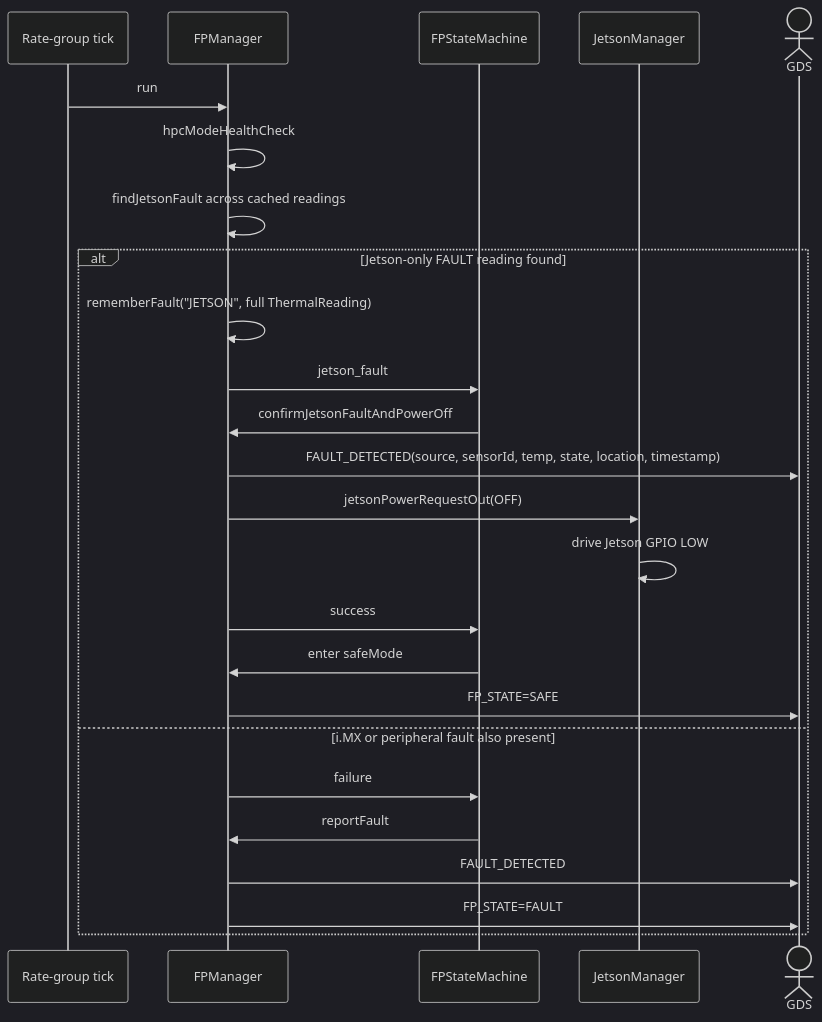
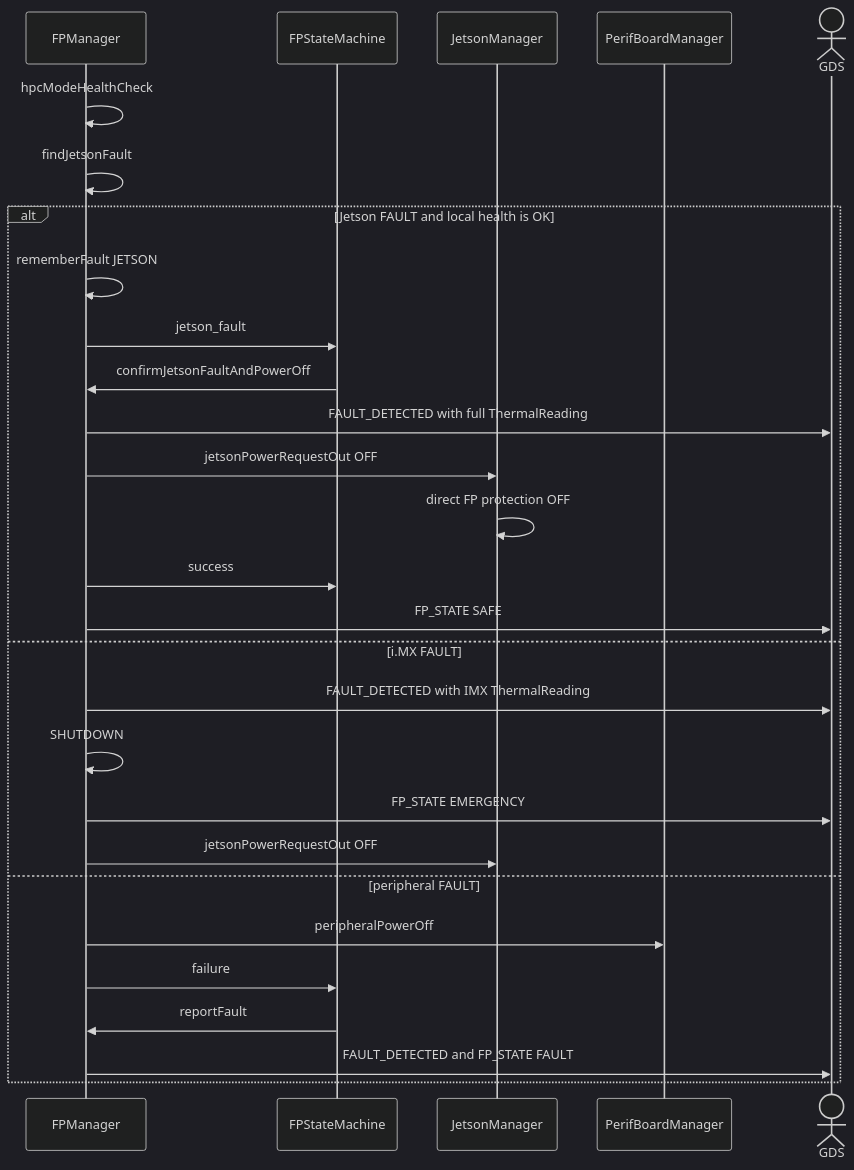
The sixth of 7 diagrams in scales/scalesSvc/FPManager/docs/sdd.md (BroncoSpace-Lab/fprime-scales), drawn with Mermaid (dark theme) before and after one commit. The commit also changed other lines of this file and 7 other files, not shown here.

````diff
--- a/scales/scalesSvc/FPManager/docs/sdd.md
+++ b/scales/scalesSvc/FPManager/docs/sdd.md
@@ -290,28 +282,31 @@
 ```mermaid
 sequenceDiagram
-    participant Tick as Rate-group tick
     participant FPM as FPManager
     participant SM as FPStateMachine
     participant JM as JetsonManager
+    participant PBM as PerifBoardManager
     actor GDS as GDS
 
-    Tick->>FPM: run
     FPM->>FPM: hpcModeHealthCheck
-    FPM->>FPM: findJetsonFault across cached readings
-    alt Jetson-only FAULT reading found
-        FPM->>FPM: rememberFault("JETSON", full ThermalReading)
+    FPM->>FPM: findJetsonFault
+    alt Jetson FAULT and local health is OK
+        FPM->>FPM: rememberFault JETSON
         FPM->>SM: jetson_fault
         SM->>FPM: confirmJetsonFaultAndPowerOff
-        FPM->>GDS: FAULT_DETECTED(source, sensorId, temp, state, location, timestamp)
-        FPM->>JM: jetsonPowerRequestOut(OFF)
-        JM->>JM: drive Jetson GPIO LOW
+        FPM->>GDS: FAULT_DETECTED with full ThermalReading
+        FPM->>JM: jetsonPowerRequestOut OFF
+        JM->>JM: direct FP protection OFF
         FPM->>SM: success
-        SM->>FPM: enter safeMode
-        FPM->>GDS: FP_STATE=SAFE
-    else i.MX or peripheral fault also present
+        FPM->>GDS: FP_STATE SAFE
+    else i.MX FAULT
+        FPM->>GDS: FAULT_DETECTED with IMX ThermalReading
+        FPM->>FPM: SHUTDOWN
+        FPM->>GDS: FP_STATE EMERGENCY
+        FPM->>JM: jetsonPowerRequestOut OFF
+    else peripheral FAULT
+        FPM->>PBM: peripheralPowerOff
         FPM->>SM: failure
         SM->>FPM: reportFault
-        FPM->>GDS: FAULT_DETECTED
-        FPM->>GDS: FP_STATE=FAULT
+        FPM->>GDS: FAULT_DETECTED and FP_STATE FAULT
     end
 ```
````
